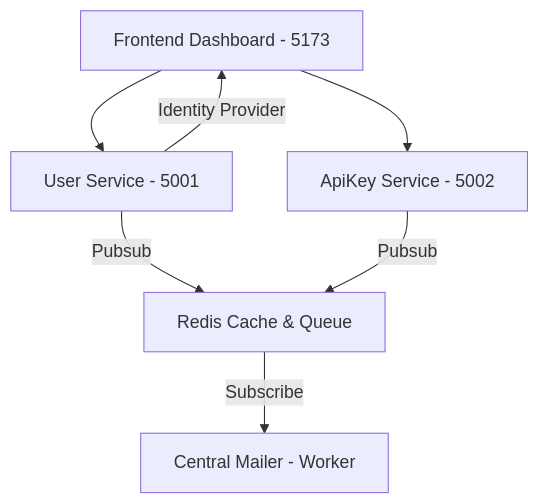
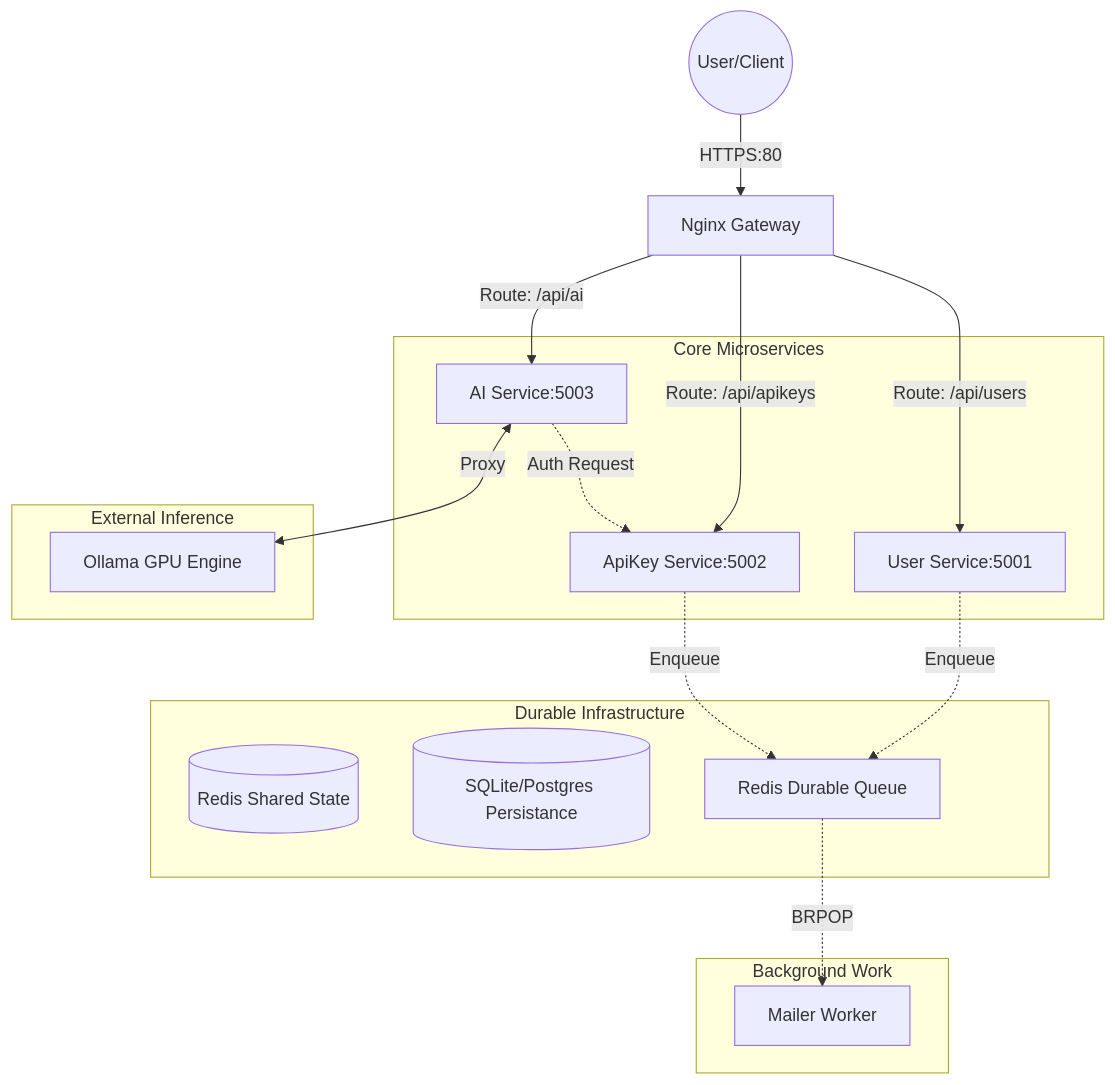
The diagram in README.md (msivanesan/LLM-Orchestrator), drawn with Mermaid before and after one commit. The commit also changed other lines of this file and 6 other files, not shown here.

Commit message:
Documentation: Final elaborate project README with full architecture and hardening details.

````diff
--- a/README.md
+++ b/README.md
@@ -7,9 +16,41 @@
 ```mermaid
 graph TD
-    UI[Frontend Dashboard - 5173] --> US[User Service - 5001]
-    UI --> AS[ApiKey Service - 5002]
-    US --> |Pubsub| R[Redis Cache & Queue]
-    AS --> |Pubsub| R
-    R --> |Subscribe| M[Central Mailer - Worker]
-    US --> |Identity Provider| UI
+    %% Entry Points
+    User((User/Client)) -->|HTTPS:80| GW[Nginx Gateway]
+    
+    subgraph "Core Microservices"
+        US[User Service:5001]
+        AS[ApiKey Service:5002]
+        AI[AI Service:5003]
+    end
+
+    subgraph "Durable Infrastructure"
+        R[(Redis Shared State)]
+        DB[(SQLite/Postgres Persistance)]
+        MQ[Redis Durable Queue]
+    end
+
+    subgraph "Background Work"
+        MW[Mailer Worker]
+    end
+
+    subgraph "External Inference"
+        OL[Ollama GPU Engine]
+    end
+
+    %% Flow logic
+    GW -->|Route: /api/users| US
+    GW -->|Route: /api/apikeys| AS
+    GW -->|Route: /api/ai| AI
+    
+    %% Auth Sidecar Logic
+    AI -.->|Auth Request| AS
+    
+    %% Async Logic
+    US -.->|Enqueue| MQ
+    AS -.->|Enqueue| MQ
+    MQ -.->|BRPOP| MW
+    
+    %% Inference Logic
+    AI <-->|Proxy| OL
 ```
````
